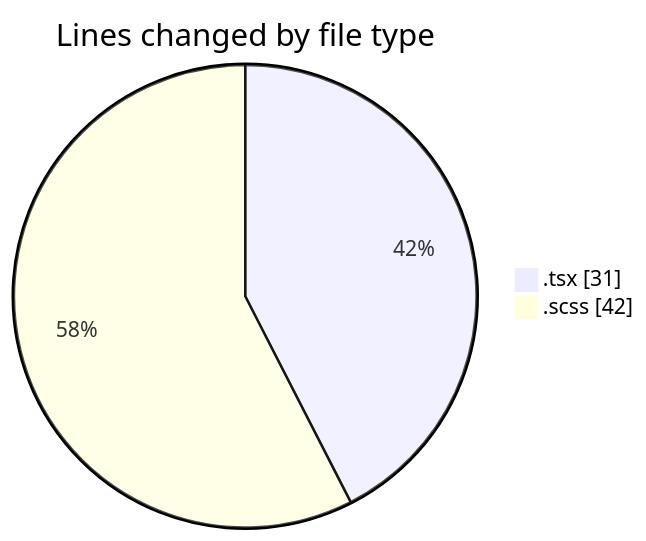
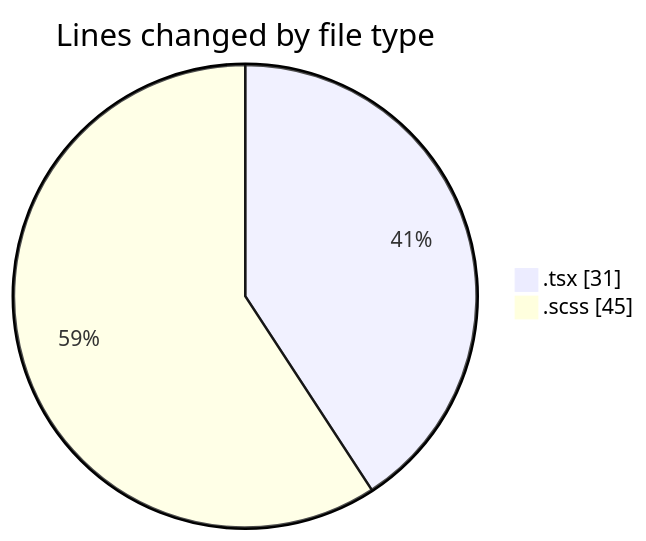
Before and after one commit to momahboobian/code-tracking: the first of 2 diagrams in 2025-04-09/cda/README.md, drawn with Mermaid. The commit also changed other lines of this file and 1 other file, not shown here.

````diff
--- a/2025-04-09/cda/README.md
+++ b/2025-04-09/cda/README.md
@@ -22,6 +22,6 @@
 ```mermaid
 pie showData
 title Lines changed by file type
 ".tsx" : 31
-".scss" : 42
+".scss" : 45
 ```
````
